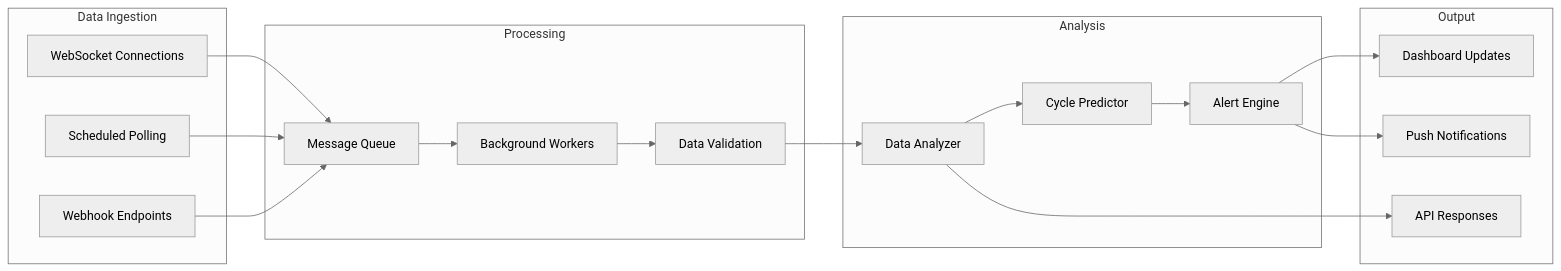
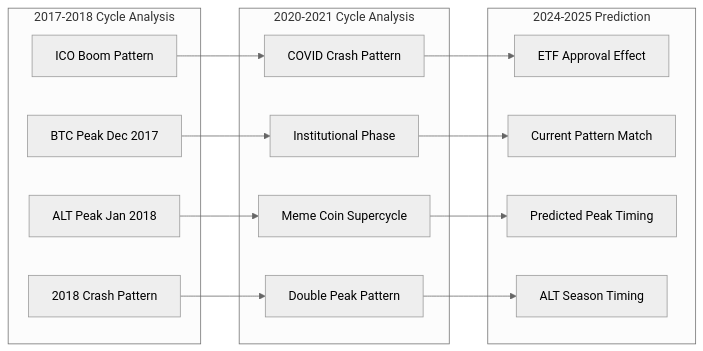
One commit to oxnr/picotop changed the ninth of 14 diagrams in ARCHITECTURE.md. Above: the diagram before and after it, drawn with Mermaid (neutral theme). The commit also changed other lines of this file and 12 other files, not shown here.

````diff
--- a/ARCHITECTURE.md
+++ b/ARCHITECTURE.md
@@ -310,41 +337,33 @@
 ```mermaid
 graph LR
-    subgraph "Data Ingestion"
-        WebSockets[WebSocket Connections]
-        Polling[Scheduled Polling]
-        Webhooks[Webhook Endpoints]
+    subgraph "2017-2018 Cycle Analysis"
+        ICOBoom[ICO Boom Pattern]
+        BTCPeak2017[BTC Peak Dec 2017]
+        ALTPeak2018[ALT Peak Jan 2018]
+        Crash2018[2018 Crash Pattern]
     end
     
-    subgraph "Processing"
-        Queue[Message Queue]
-        Workers[Background Workers]
-        Validator[Data Validation]
+    subgraph "2020-2021 Cycle Analysis"
+        COVIDCrash[COVID Crash Pattern]
+        InstitutionalBuying[Institutional Phase]
+        MemeSupercycle[Meme Coin Supercycle]
+        DoublePeak[Double Peak Pattern]
     end
     
-    subgraph "Analysis"
-        Analyzer[Data Analyzer]
-        Predictor[Cycle Predictor]
-        Alerter[Alert Engine]
+    subgraph "2024-2025 Prediction"
+        ETFApproval[ETF Approval Effect]
+        CurrentPattern[Current Pattern Match]
+        PredictedPeak[Predicted Peak Timing]
+        ALTSeasonTiming[ALT Season Timing]
     end
     
-    subgraph "Output"
-        Dashboard_Update[Dashboard Updates]
-        Notifications[Push Notifications]
-        API_Response[API Responses]
-    end
+    ICOBoom --> COVIDCrash
+    BTCPeak2017 --> InstitutionalBuying
+    ALTPeak2018 --> MemeSupercycle
+    Crash2018 --> DoublePeak
     
-    WebSockets --> Queue
-    Polling --> Queue
-    Webhooks --> Queue
-    
-    Queue --> Workers
-    Workers --> Validator
-    Validator --> Analyzer
-    
-    Analyzer --> Predictor
-    Predictor --> Alerter
-    
-    Alerter --> Dashboard_Update
-    Alerter --> Notifications
-    Analyzer --> API_Response
+    COVIDCrash --> ETFApproval
+    InstitutionalBuying --> CurrentPattern
+    MemeSupercycle --> PredictedPeak
+    DoublePeak --> ALTSeasonTiming
 ```
````
